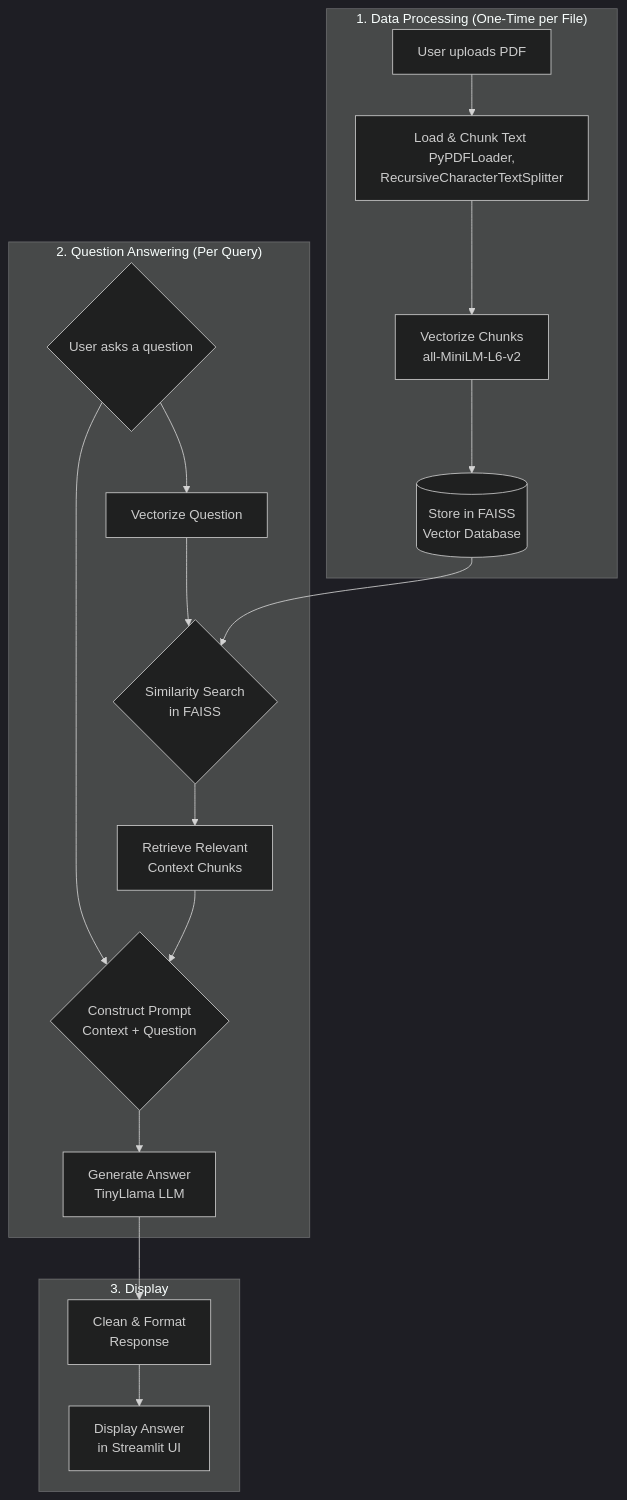
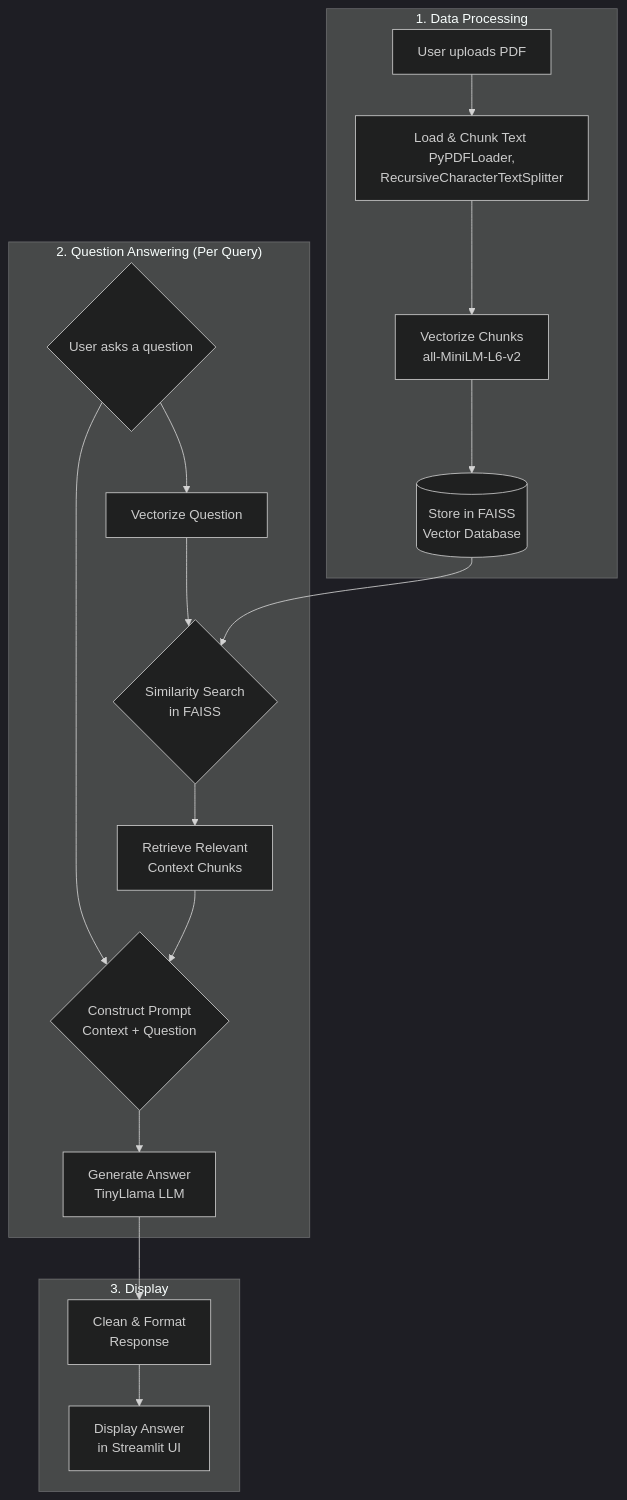
Before and after one commit to VamsiMyla916/RAG-chatbot-streamlit: the diagram in Readme.md, drawn with Mermaid (dark theme).

Commit message:
Updated the README.md file with workflow of the application using mermaid

````diff
--- a/Readme.md
+++ b/Readme.md
@@ -23,24 +23,24 @@
 ```mermaid
 graph TD
-    subgraph "1. Data Processing (One-Time per File)"
+    subgraph "1. Data Processing"
         A[User uploads PDF] --> B[Load & Chunk Text <br/> PyPDFLoader, RecursiveCharacterTextSplitter]
         B --> C[Vectorize Chunks <br/> all-MiniLM-L6-v2]
         C --> D[(Store in FAISS <br/> Vector Database)]
     end
 
     subgraph "2. Question Answering (Per Query)"
         E{User asks a question} --> F[Vectorize Question]
         F --> G{Similarity Search <br/> in FAISS}
         D --> G
         G --> H[Retrieve Relevant <br/> Context Chunks]
         H --> I{Construct Prompt <br/> Context + Question}
         E --> I
         I --> J[Generate Answer <br/> TinyLlama LLM]
     end
 
     subgraph "3. Display"
         J --> K[Clean & Format <br/> Response]
         K --> L[Display Answer <br/> in Streamlit UI]
     end
 
 ```
````
